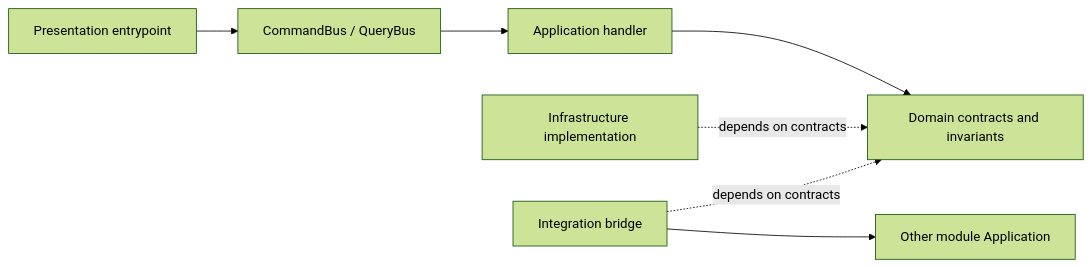
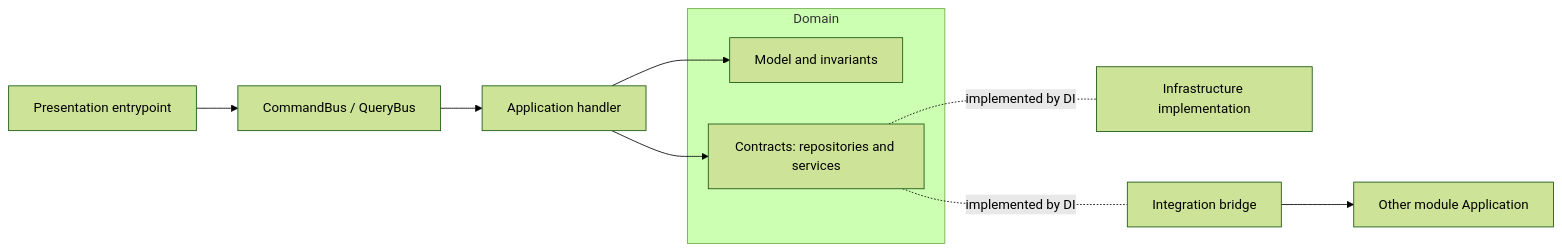
The diagram in docs/module-scaffold-guide.md (prikotov/symfony-ddd-ai-skeleton), drawn with Mermaid (forest theme) before and after one commit. The commit also changed other lines of this file and 1 other file, not shown here.

Commit message:
docs(module): make implementation bindings non-directional

````diff
--- a/docs/module-scaffold-guide.md
+++ b/docs/module-scaffold-guide.md
@@ -201,16 +203,21 @@
 ```mermaid
 flowchart LR
     Presentation[Presentation entrypoint]
     Bus[CommandBus / QueryBus]
     Application[Application handler]
-    Domain[Domain contracts and invariants]
     Infrastructure[Infrastructure implementation]
     Integration[Integration bridge]
     OtherApplication[Other module Application]
 
+    subgraph Domain[Domain]
+        DomainModel[Model and invariants]
+        DomainContracts[Contracts: repositories and services]
+    end
+
     Presentation --> Bus --> Application
-    Application --> Domain
-    Infrastructure -. depends on contracts .-> Domain
-    Integration -. depends on contracts .-> Domain
+    Application --> DomainModel
+    Application --> DomainContracts
+    DomainContracts -. implemented by DI .- Infrastructure
+    DomainContracts -. implemented by DI .- Integration
     Integration --> OtherApplication
 ```
````
